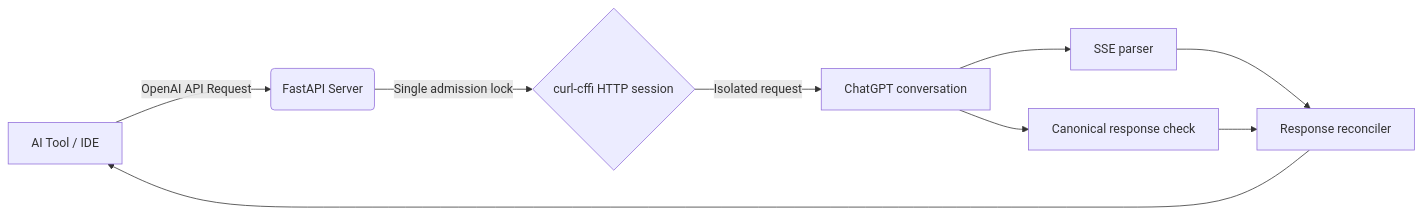
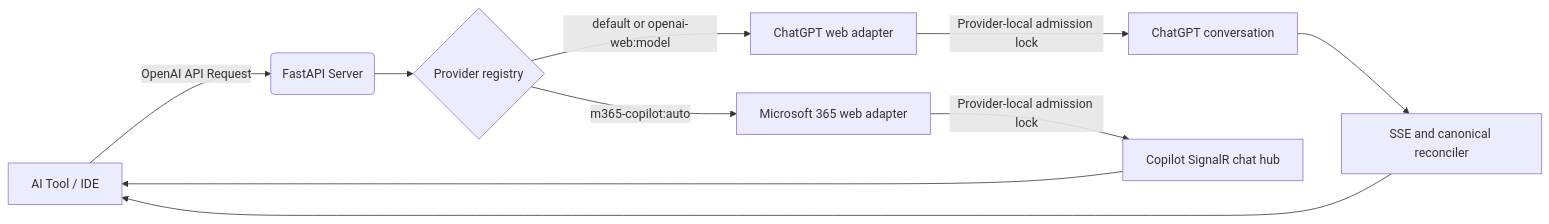
Before and after one commit to yutuknown/codex-auth: the diagram in README.md, drawn with Mermaid. The commit also changed other lines of this file and 21 other files, not shown here.

Commit message:
Ship Microsoft 365 provider and dynamic model catalog

````diff
--- a/README.md
+++ b/README.md
@@ -158,11 +183,12 @@
 ```mermaid
 graph LR
     A[AI Tool / IDE] -->|OpenAI API Request| B(FastAPI Server)
-    B -->|Single admission lock| C{curl-cffi HTTP session}
-    C -->|Isolated request| D[ChatGPT conversation]
-    D --> E[SSE parser]
-    D --> F[Canonical response check]
-    E --> G[Response reconciler]
-    F --> G
-    G --> A
+    B --> R{Provider registry}
+    R -->|default or openai-web:model| C[ChatGPT web adapter]
+    R -->|m365-copilot:auto| M[Microsoft 365 web adapter]
+    C -->|Provider-local admission lock| D[ChatGPT conversation]
+    M -->|Provider-local admission lock| H[Copilot SignalR chat hub]
+    D --> E[SSE and canonical reconciler]
+    H --> A
+    E --> A
 ```
````
